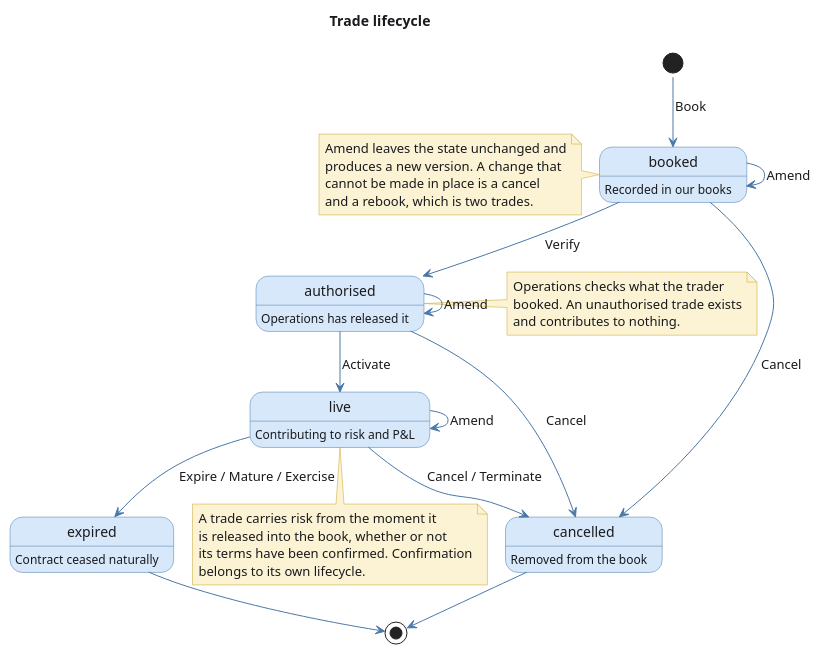
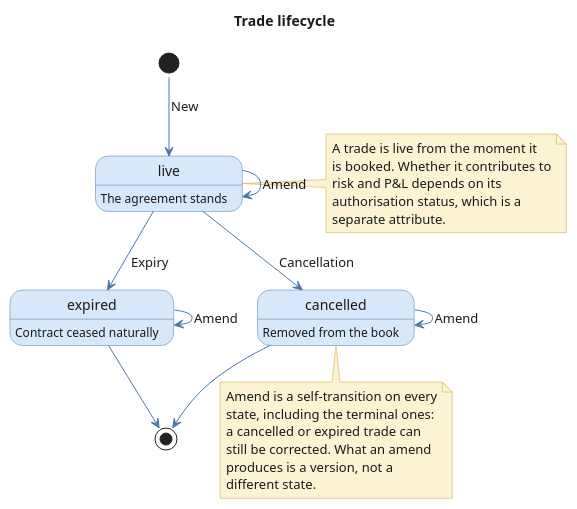
Before and after one commit to OreStudio/OreStudio: the diagram in doc/knowledge/domain/trade_status_lifecycle.puml, drawn with PlantUML. The commit also changed 8 other files, not shown here.

First line of the commit message:
[doc] Correct the trade lifecycle, and qualify authorisation

```diff
--- a/doc/knowledge/domain/trade_status_lifecycle.puml
+++ b/doc/knowledge/domain/trade_status_lifecycle.puml
@@ -18,70 +18,60 @@
 @startuml
 !pragma layout smetana
 
 title Trade lifecycle
 
 skinparam state {
     BackgroundColor #D6E8FA
     BorderColor #4A78A8
     FontColor #1A1A1E
     AttributeFontColor #3A3A3E
     ArrowColor #4A78A8
     ArrowFontColor #1A1A1E
     StartColor #4A78A8
     EndColor #4A78A8
 }
 skinparam note {
     BackgroundColor #FBF3D3
     BorderColor #C9A227
     FontColor #1A1A1E
 }
 skinparam BackgroundColor white
 skinparam DefaultFontColor #1A1A1E
 
-state "booked" as Booked
-state "authorised" as Verified
 state "live" as Live
 state "expired" as Expired
 state "cancelled" as Cancelled
 
-Booked : Recorded in our books
-Verified : Operations has released it
-Live : Contributing to risk and P&L
+Live : The agreement stands
 Expired : Contract ceased naturally
 Cancelled : Removed from the book
 
-[*] --> Booked : Book
-Booked --> Verified : Verify
-Verified --> Live : Activate
-Live --> Expired : Expire / Mature / Exercise
+[*] --> Live : New
+Live --> Expired : Expiry
+Live --> Cancelled : Cancellation
 
-Booked --> Booked : Amend
-Verified --> Verified : Amend
 Live --> Live : Amend
-Booked --> Cancelled : Cancel
-Verified --> Cancelled : Cancel
-Live --> Cancelled : Cancel / Terminate
+Expired --> Expired : Amend
+Cancelled --> Cancelled : Amend
+
 Expired --> [*]
 Cancelled --> [*]
 
-note right of Verified
-  Operations checks what the trader
-  booked. An unauthorised trade exists
-  and contributes to nothing.
+note right of Live
+  A trade is live from the moment it
+  is booked. Whether it contributes to
+  risk and P&L depends on its
+  authorisation status, which is a
+  separate attribute.
 end note
 
-note bottom of Live
-  A trade carries risk from the moment it
-  is released into the book, whether or not
-  its terms have been confirmed. Confirmation
-  belongs to its own lifecycle.
-end note
-
-note left of Booked
-  Amend leaves the state unchanged and
-  produces a new version. A change that
-  cannot be made in place is a cancel
-  and a rebook, which is two trades.
+note bottom of Cancelled
+  Amend is a self-transition on every
+  state, including the terminal ones:
+  a cancelled or expired trade can
+  still be corrected. What an amend
+  produces is a version, not a
+  different state.
 end note
 
 @enduml
```
